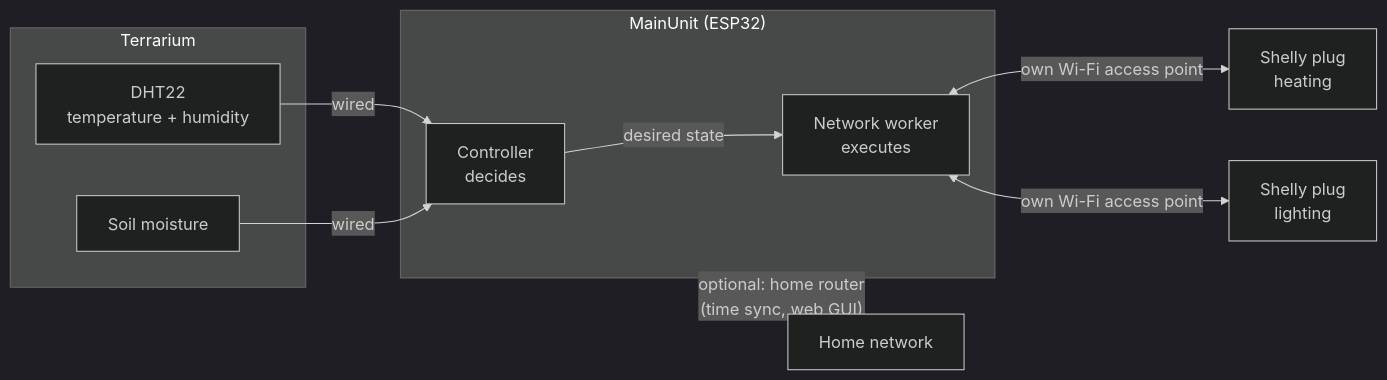
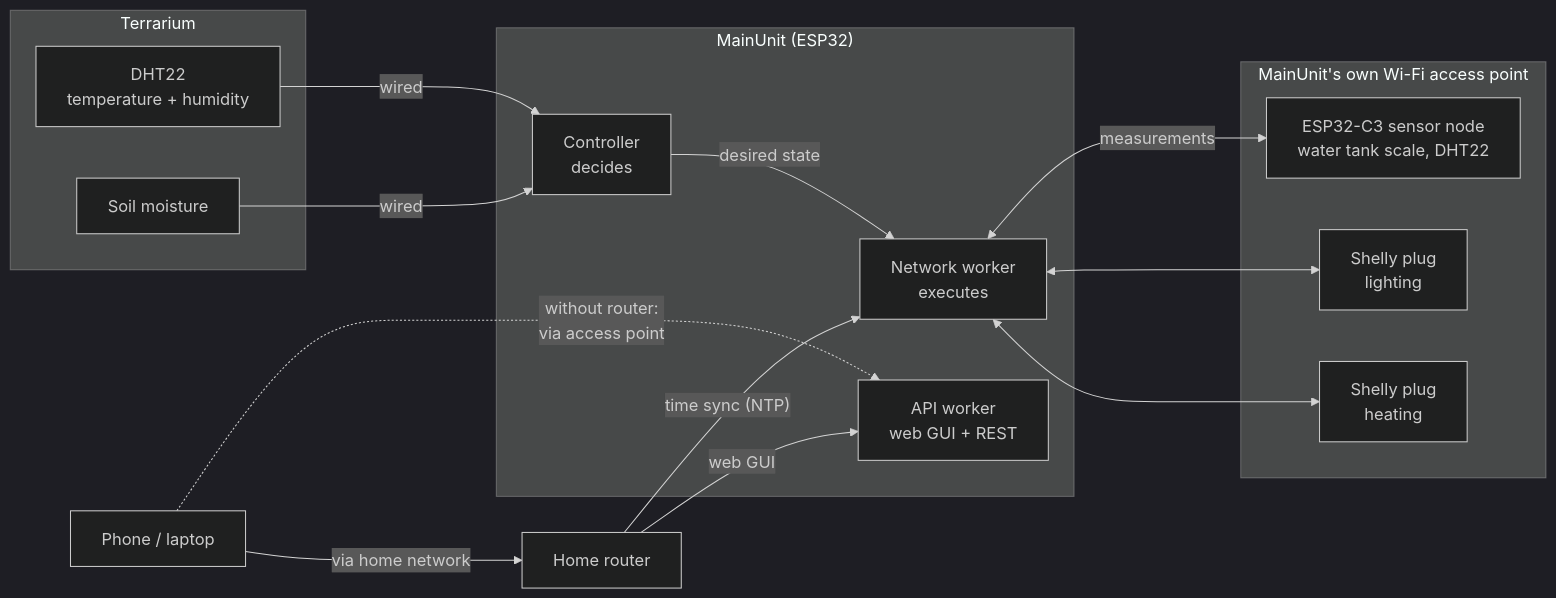
One commit to lernenrocks/TerraControl changed the diagram in README.md. Above: the diagram before and after it, drawn with Mermaid (dark theme). The commit also changed other lines of this file, not shown here.

Commit message:
README: diagram with remote nodes, API worker, router role

````diff
--- a/README.md
+++ b/README.md
@@ -33,17 +33,29 @@
 ```mermaid
 flowchart LR
     subgraph Terrarium
         S1[DHT22<br/>temperature + humidity]
         S2[Soil moisture]
     end
     subgraph MainUnit["MainUnit (ESP32)"]
         C[Controller<br/>decides]
         W[Network worker<br/>executes]
+        A[API worker<br/>web GUI + REST]
     end
+    subgraph AP["MainUnit's own Wi-Fi access point"]
+        P1[Shelly plug<br/>heating]
+        P2[Shelly plug<br/>lighting]
+        N[ESP32-C3 sensor node<br/>water tank scale, DHT22]
+    end
+    U[Phone / laptop]
+    R[Home router]
     S1 -- wired --> C
     S2 -- wired --> C
     C -- desired state --> W
-    W <-- "own Wi-Fi access point" --> P1[Shelly plug<br/>heating]
-    W <-- "own Wi-Fi access point" --> P2[Shelly plug<br/>lighting]
-    MainUnit -. "optional: home router<br/>(time sync, web GUI)" .- R[Home network]
+    W <--> P1
+    W <--> P2
+    W <-- measurements --> N
+    U -- "via home network" --> R
+    R -- "web GUI" --> A
+    R -- "time sync (NTP)" --> W
+    U -. "without router:<br/>via access point" .-> A
 ```
````
